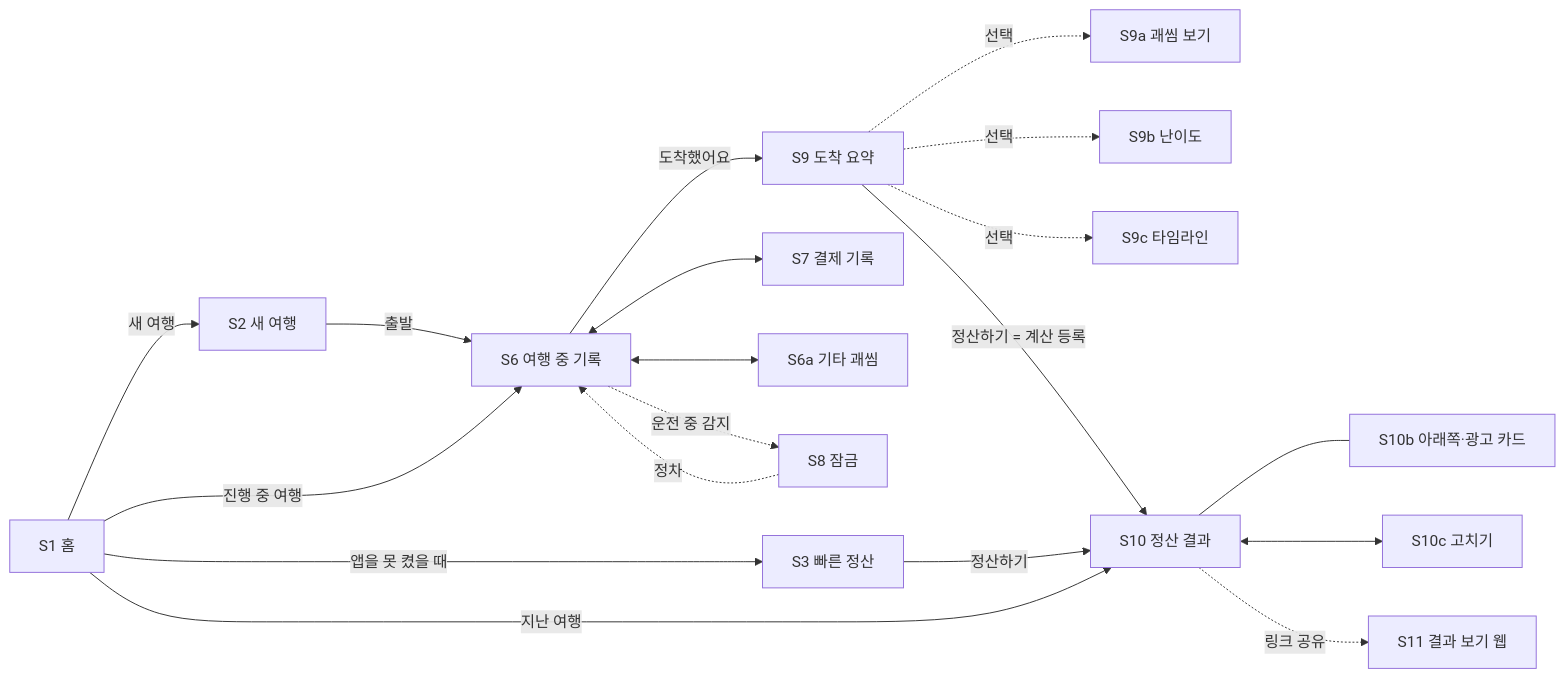
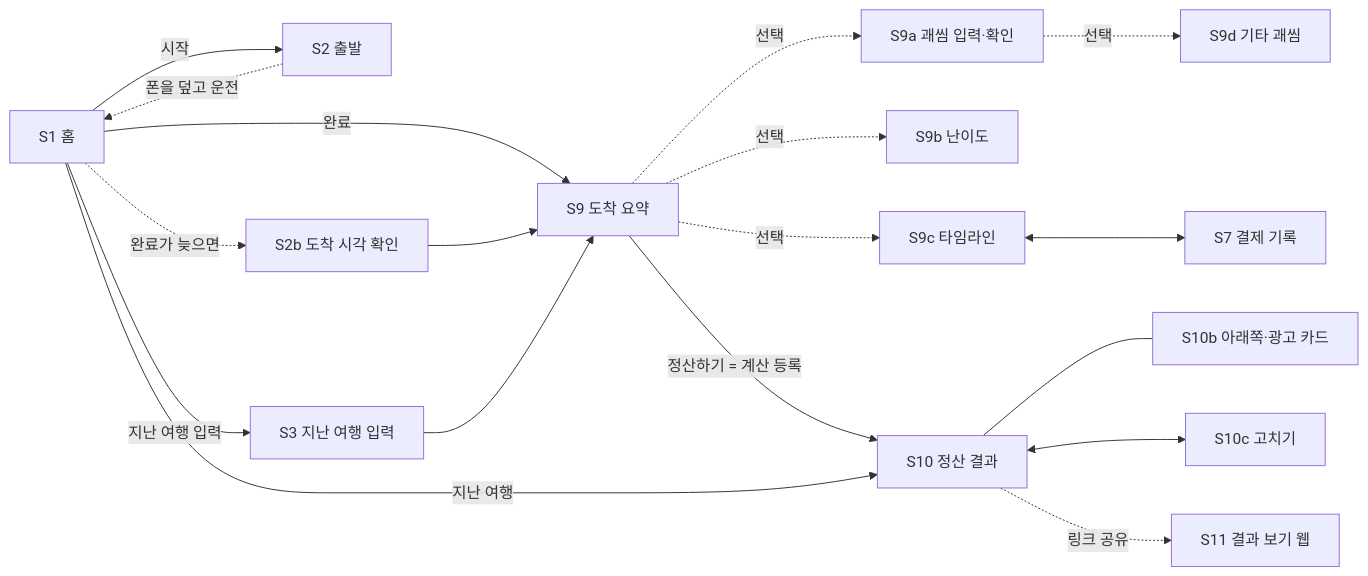
The diagram in docs/spec-screens.md (pppclove29-bit/driver-labor), drawn with Mermaid before and after one commit. The commit also changed other lines of this file and 3 other files, not shown here.

````diff
--- a/docs/spec-screens.md
+++ b/docs/spec-screens.md
@@ -106,21 +104,16 @@
 ```mermaid
 flowchart LR
-  S1[S1 홈] -->|새 여행| S2[S2 새 여행]
-  S1 -->|앱을 못 켰을 때| S3[S3 빠른 정산]
-  S2 -->|출발| S6[S6 여행 중 기록]
-  S6 <--> S7[S7 결제 기록]
-  S6 <--> S6a[S6a 기타 괘씸]
-  S6 -. 운전 중 감지 .-> S8[S8 잠금]
-  S8 -. 정차 .-> S6
-  S6 -->|도착했어요| S9[S9 도착 요약]
-  S9 -. 선택 .-> S9a[S9a 괘씸 보기]
+  S1[S1 홈] -->|시작| S2[S2 출발]
+  S2 -. 폰을 덮고 운전 .-> S1
+  S1 -->|완료| S9[S9 도착 요약]
+  S1 -. 완료가 늦으면 .-> S2b[S2b 도착 시각 확인] --> S9
+  S1 -->|지난 여행 입력| S3[S3 지난 여행 입력] --> S9
+  S9 -. 선택 .-> S9a[S9a 괘씸 입력·확인] -. 선택 .-> S9d[S9d 기타 괘씸]
   S9 -. 선택 .-> S9b[S9b 난이도]
-  S9 -. 선택 .-> S9c[S9c 타임라인]
+  S9 -. 선택 .-> S9c[S9c 타임라인] <--> S7[S7 결제 기록]
   S9 -->|정산하기 = 계산 등록| S10[S10 정산 결과]
-  S3 -->|정산하기| S10
   S10 --- S10b[S10b 아래쪽·광고 카드]
   S10 <--> S10c[S10c 고치기]
   S10 -. 링크 공유 .-> S11[S11 결과 보기 웹]
-  S1 -->|진행 중 여행| S6
   S1 -->|지난 여행| S10
 ```
````
